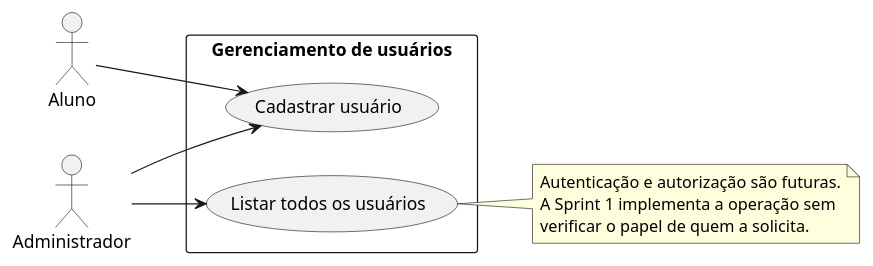
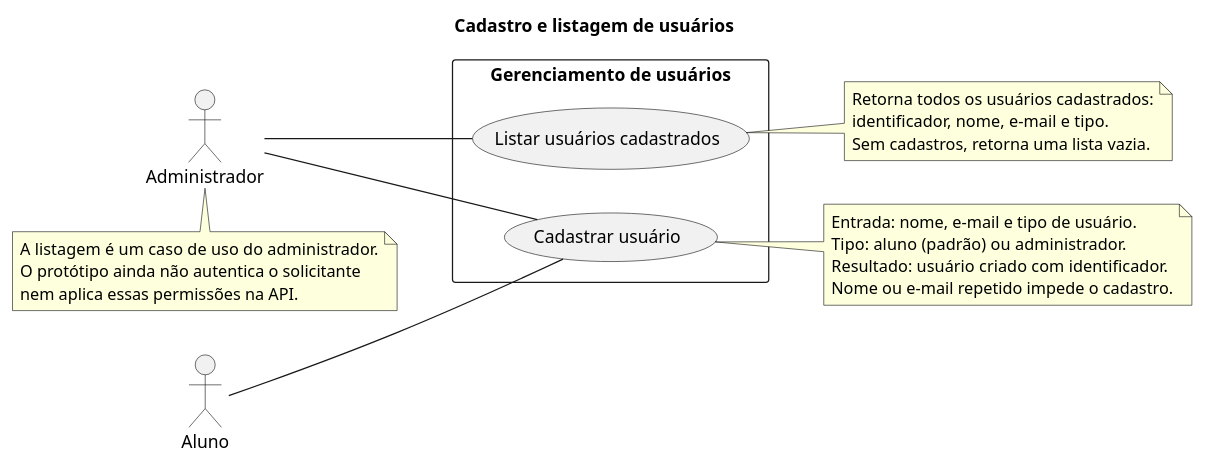
One commit to Miguelqfs/training-platform changed the diagram in docs/diagramas/casos-de-uso-usuarios.puml. Above: the diagram before and after it, drawn with PlantUML. The commit also changed 25 other files, not shown here.

First line of the commit message:
refactor(api): migrar a API de usuários para Rust

```diff
--- a/docs/diagramas/casos-de-uso-usuarios.puml
+++ b/docs/diagramas/casos-de-uso-usuarios.puml
@@ -1,20 +1,35 @@
 @startuml
 left to right direction
-actor Aluno
-actor Administrador
+title Cadastro e listagem de usuários
+
+actor "Aluno" as aluno
+actor "Administrador" as administrador
 
 rectangle "Gerenciamento de usuários" {
   usecase "Cadastrar usuário" as cadastrar
-  usecase "Listar todos os usuários" as listar
+  usecase "Listar usuários cadastrados" as listar
 }
 
-Aluno --> cadastrar
-Administrador --> cadastrar
-Administrador --> listar
+aluno -- cadastrar
+administrador -- cadastrar
+administrador -- listar
+
+note right of cadastrar
+  Entrada: nome, e-mail e tipo de usuário.
+  Tipo: aluno (padrão) ou administrador.
+  Resultado: usuário criado com identificador.
+  Nome ou e-mail repetido impede o cadastro.
+end note
 
 note right of listar
-  Autenticação e autorização são futuras.
-  A Sprint 1 implementa a operação sem
-  verificar o papel de quem a solicita.
+  Retorna todos os usuários cadastrados:
+  identificador, nome, e-mail e tipo.
+  Sem cadastros, retorna uma lista vazia.
+end note
+
+note bottom of administrador
+  A listagem é um caso de uso do administrador.
+  O protótipo ainda não autentica o solicitante
+  nem aplica essas permissões na API.
 end note
 @enduml
```
